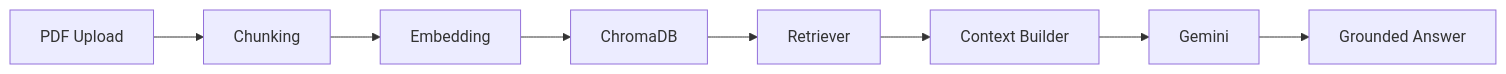
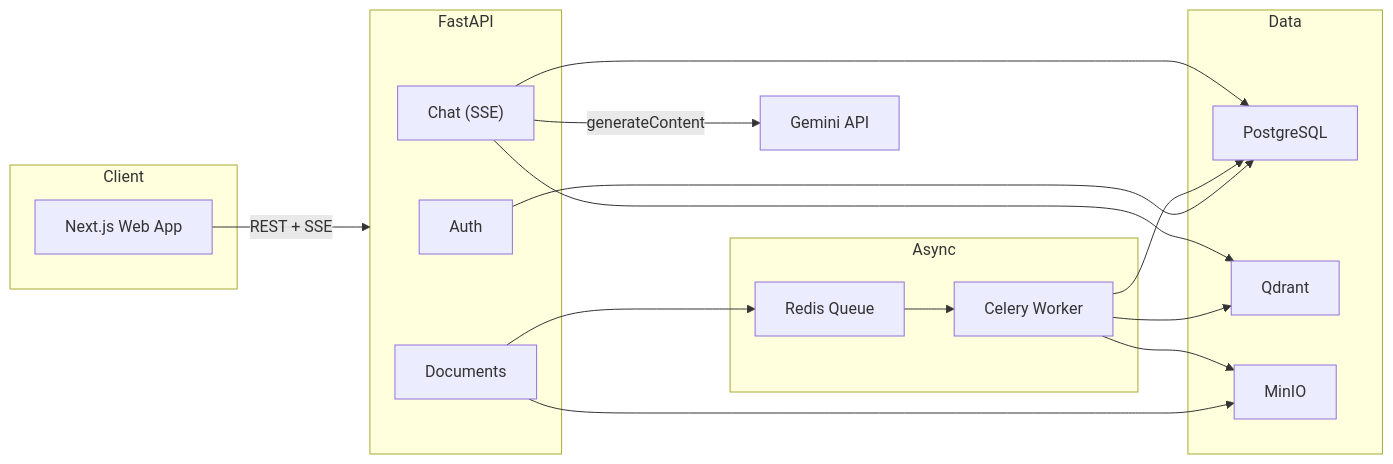
Before and after one commit to hadi16-ai/company-knowledge-assistant: the diagram in README.md, drawn with Mermaid. The commit also changed other lines of this file and 111 other files, not shown here.

````diff
--- a/README.md
+++ b/README.md
@@ -32,10 +32,32 @@
 ```mermaid
 flowchart LR
-    A["PDF Upload"] --> B["Chunking"]
-    B --> C["Embedding"]
-    C --> D["ChromaDB"]
-    D --> E["Retriever"]
-    E --> F["Context Builder"]
-    F --> G["Gemini"]
-    G --> H["Grounded Answer"]
+    subgraph Client
+        W["Next.js Web App"]
+    end
+    subgraph API["FastAPI"]
+        AU["Auth"]
+        DOC["Documents"]
+        CHAT["Chat (SSE)"]
+    end
+    subgraph Async
+        Q["Redis Queue"]
+        CW["Celery Worker"]
+    end
+    subgraph Data
+        PG["PostgreSQL"]
+        QD["Qdrant"]
+        S3["MinIO"]
+    end
+
+    W -->|REST + SSE| API
+    AU --> PG
+    DOC --> S3
+    DOC --> Q
+    Q --> CW
+    CW --> S3
+    CW --> QD
+    CW --> PG
+    CHAT --> QD
+    CHAT -->|generateContent| Gemini["Gemini API"]
+    CHAT --> PG
 ```
````
